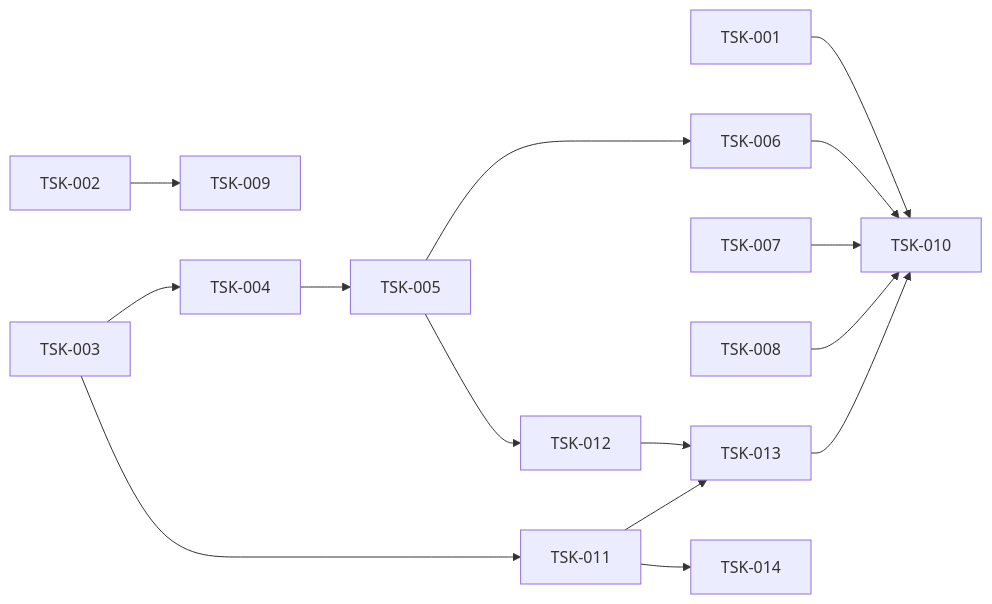
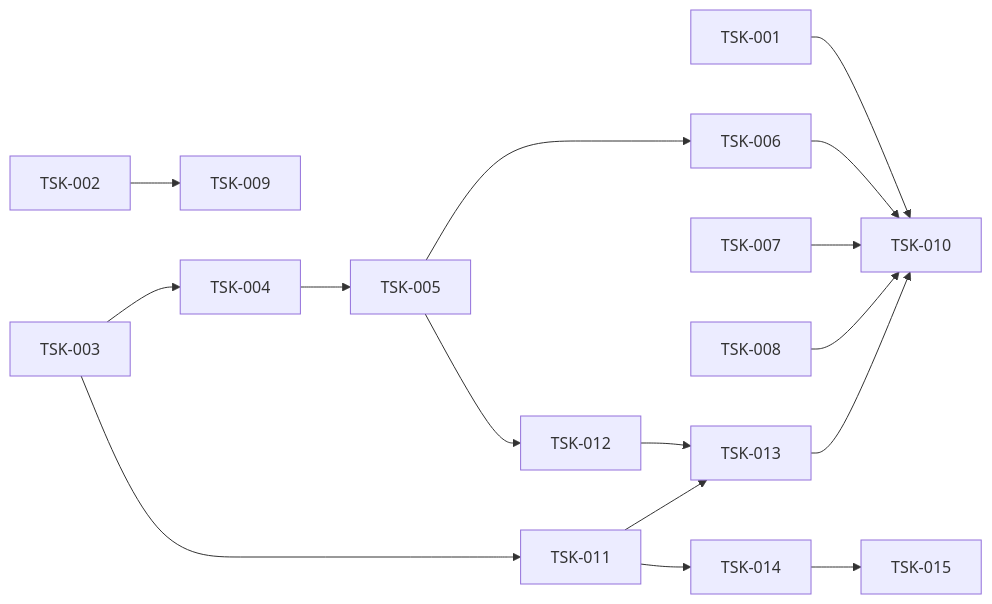
The diagram in .kiro/specs/benchmark-integrity/tasks.md (Rethinger/2papi), drawn with Mermaid before and after one commit. The commit also changed other lines of this file and 14 other files, not shown here.

````diff
--- a/.kiro/specs/benchmark-integrity/tasks.md
+++ b/.kiro/specs/benchmark-integrity/tasks.md
@@ -89,11 +94,11 @@
 ```mermaid
 graph LR
     T1[TSK-001] --> T10[TSK-010]
     T2[TSK-002] --> T9[TSK-009]
     T3[TSK-003] --> T4[TSK-004] --> T5[TSK-005] --> T6[TSK-006] --> T10
     T7[TSK-007] --> T10
     T8[TSK-008] --> T10
     T3 --> T11[TSK-011] --> T13[TSK-013] --> T10
     T5 --> T12[TSK-012] --> T13
-    T11 --> T14[TSK-014]
+    T11 --> T14[TSK-014] --> T15[TSK-015]
 ```
````
